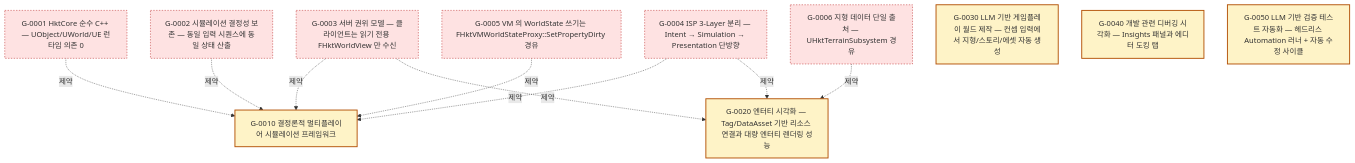
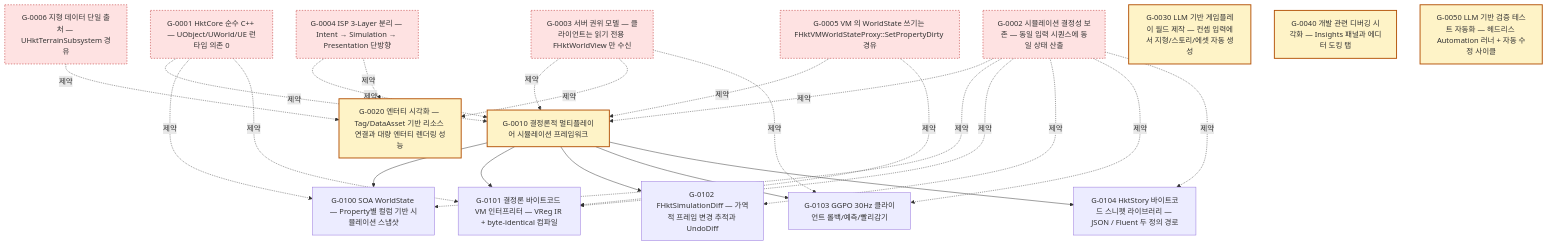
Before and after one commit to dkwkekzz/HktFramework: the diagram in Docs/goals/graph.mmd, drawn with Mermaid. The commit also changed 8 other files, not shown here.

```diff
--- a/Docs/goals/graph.mmd
+++ b/Docs/goals/graph.mmd
@@ -1,23 +1,42 @@
-%% 자동 생성 — 직접 수정 금지. Last generated: 2026-05-06T04:22:28+00:00
+%% 자동 생성 — 직접 수정 금지. Last generated: 2026-05-06T05:43:20+00:00
 graph TD
   G0001["G-0001 HktCore 순수 C++ — UObject/UWorld/UE 런타임 의존 0"]:::constraint
   G0002["G-0002 시뮬레이션 결정성 보존 — 동일 입력 시퀀스에 동일 상태 산출"]:::constraint
   G0003["G-0003 서버 권위 모델 — 클라이언트는 읽기 전용 FHktWorldView 만 수신"]:::constraint
   G0004["G-0004 ISP 3-Layer 분리 — Intent → Simulation → Presentation 단방향"]:::constraint
   G0005["G-0005 VM 의 WorldState 쓰기는 FHktVMWorldStateProxy::SetPropertyDirty 경유"]:::constraint
   G0006["G-0006 지형 데이터 단일 출처 — UHktTerrainSubsystem 경유"]:::constraint
   G0010["G-0010 결정론적 멀티플레이어 시뮬레이션 프레임워크"]:::pillar
   G0020["G-0020 엔터티 시각화 — Tag/DataAsset 기반 리소스 연결과 대량 엔터티 렌더링 성능"]:::pillar
   G0030["G-0030 LLM 기반 게임플레이 월드 제작 — 컨셉 입력에서 지형/스토리/에셋 자동 생성"]:::pillar
   G0040["G-0040 개발 관련 디버깅 시각화 — Insights 패널과 에디터 도킹 탭"]:::pillar
   G0050["G-0050 LLM 기반 검증 테스트 자동화 — 헤드리스 Automation 러너 + 자동 수정 사이클"]:::pillar
+  G0100["G-0100 SOA WorldState — Property별 컬럼 기반 시뮬레이션 스냅샷"]
+  G0101["G-0101 결정론 바이트코드 VM 인터프리터 — VReg IR + byte-identical 컴파일"]
+  G0102["G-0102 FHktSimulationDiff — 가역적 프레임 변경 추적과 UndoDiff"]
+  G0103["G-0103 GGPO 30Hz 클라이언트 롤백/예측/빨리감기"]
+  G0104["G-0104 HktStory 바이트코드 스니펫 라이브러리 — JSON / Fluent 두 정의 경로"]
+  G0010 --> G0100
+  G0010 --> G0101
+  G0010 --> G0102
+  G0010 --> G0103
+  G0010 --> G0104
   G0001 -. 제약 .-> G0010
   G0002 -. 제약 .-> G0010
   G0003 -. 제약 .-> G0010
   G0004 -. 제약 .-> G0010
   G0005 -. 제약 .-> G0010
   G0003 -. 제약 .-> G0020
   G0004 -. 제약 .-> G0020
   G0006 -. 제약 .-> G0020
+  G0001 -. 제약 .-> G0100
+  G0002 -. 제약 .-> G0100
+  G0001 -. 제약 .-> G0101
+  G0002 -. 제약 .-> G0101
+  G0005 -. 제약 .-> G0101
+  G0002 -. 제약 .-> G0102
+  G0002 -. 제약 .-> G0103
+  G0003 -. 제약 .-> G0103
+  G0002 -. 제약 .-> G0104
   classDef pillar fill:#fef3c7,stroke:#b45309,stroke-width:2px;
   classDef constraint fill:#fee2e2,stroke:#b91c1c,stroke-width:1px,stroke-dasharray: 3 3;
```
